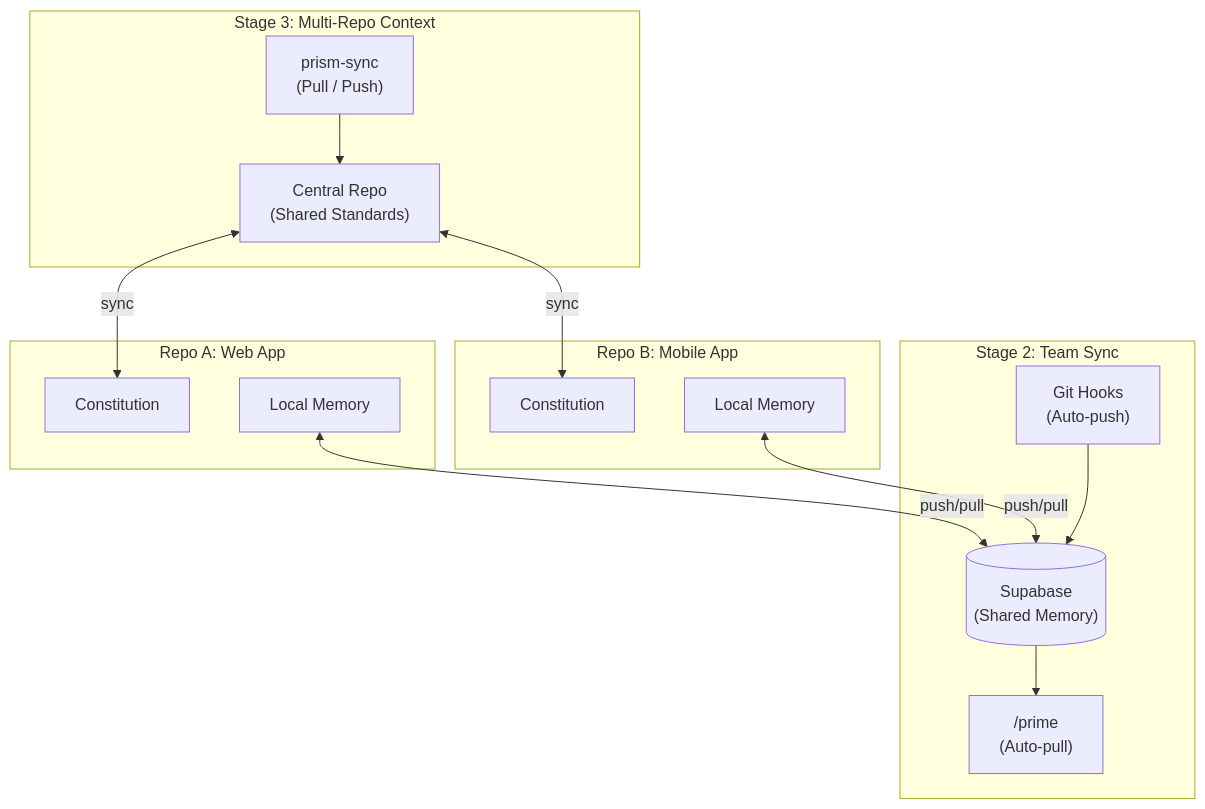
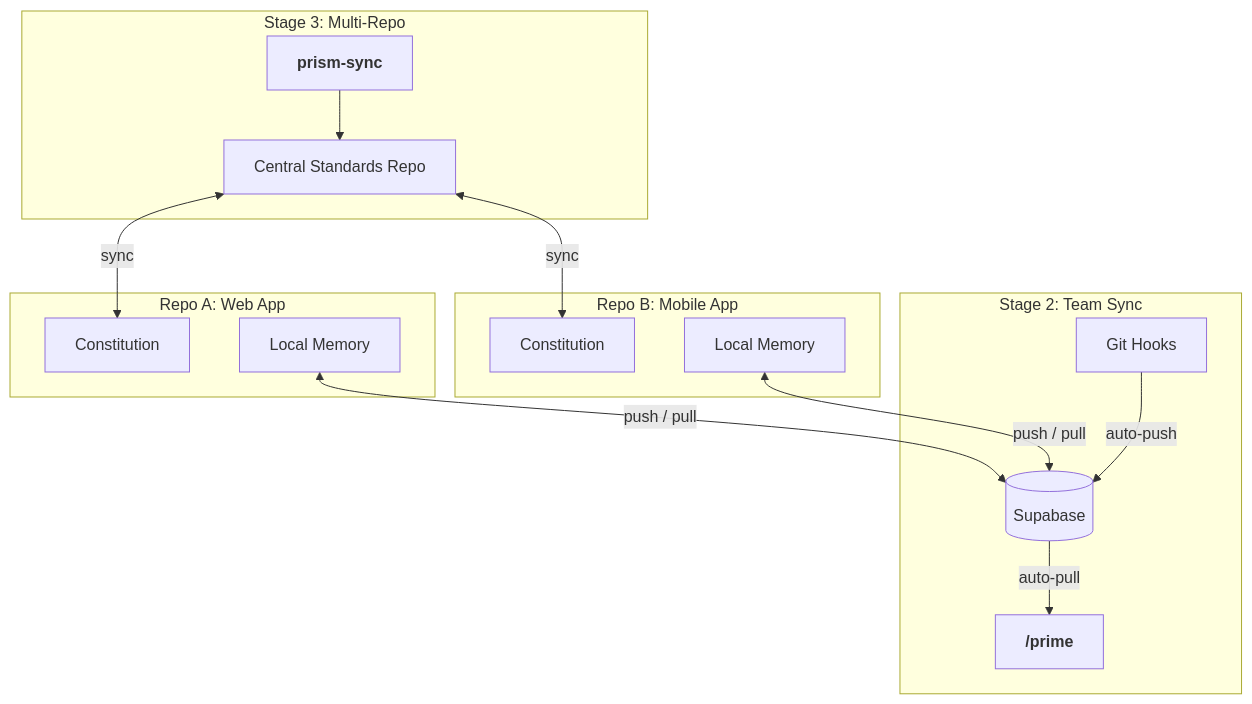
Before and after one commit to araserel/sigil-os: the first of 4 diagrams in prism-plugin/docs/multi-team-workflow.md, drawn with Mermaid. The commit also changed other lines of this file and 1 other file, not shown here.

First line of the commit message:
docs: Fix diagram rendering and update product person workflow

````diff
--- a/prism-plugin/docs/multi-team-workflow.md
+++ b/prism-plugin/docs/multi-team-workflow.md
@@ -11,32 +11,32 @@
 ```mermaid
 flowchart TD
     subgraph Stage2["Stage 2: Team Sync"]
-        DB[("Supabase\n(Shared Memory)")]
-        HOOK["Git Hooks\n(Auto-push)"]
-        PRIME["/prime\n(Auto-pull)"]
+        DB[("Supabase")]
+        HOOK["Git Hooks"]
+        PRIME["`**/prime**`"]
     end
 
-    subgraph Stage3["Stage 3: Multi-Repo Context"]
-        CENTRAL["Central Repo\n(Shared Standards)"]
-        SYNC["prism-sync\n(Pull / Push)"]
+    subgraph Stage3["Stage 3: Multi-Repo"]
+        CENTRAL["Central Standards Repo"]
+        SYNC["`**prism-sync**`"]
     end
 
     subgraph RepoA["Repo A: Web App"]
         CONST_A["Constitution"]
         MEM_A["Local Memory"]
     end
 
     subgraph RepoB["Repo B: Mobile App"]
         CONST_B["Constitution"]
         MEM_B["Local Memory"]
     end
 
-    MEM_A <-->|"push/pull"| DB
-    MEM_B <-->|"push/pull"| DB
-    HOOK --> DB
-    DB --> PRIME
+    MEM_A <-->|"push / pull"| DB
+    MEM_B <-->|"push / pull"| DB
+    HOOK -->|"auto-push"| DB
+    DB -->|"auto-pull"| PRIME
 
     CENTRAL <-->|"sync"| CONST_A
     CENTRAL <-->|"sync"| CONST_B
     SYNC --> CENTRAL
 ```
````
